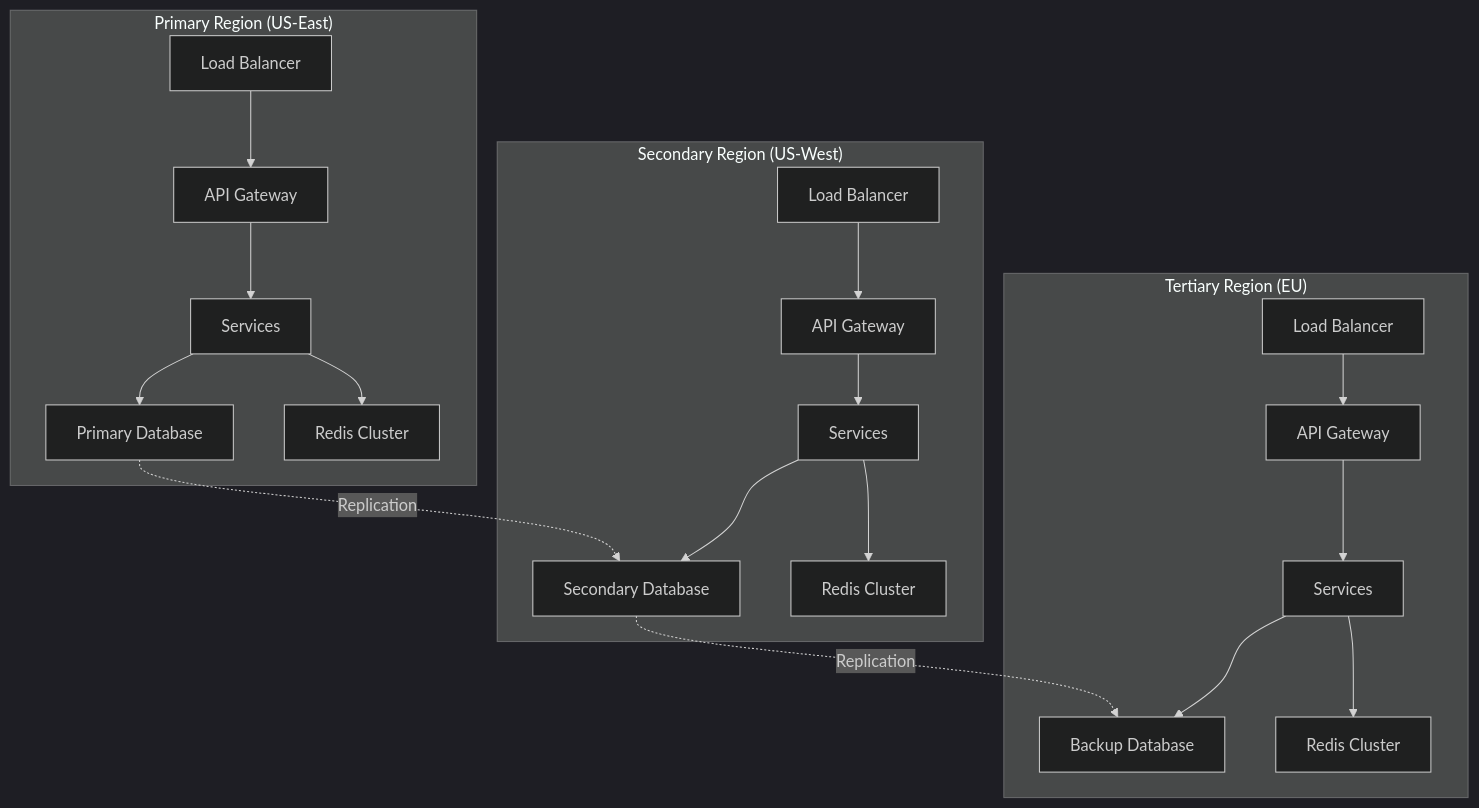
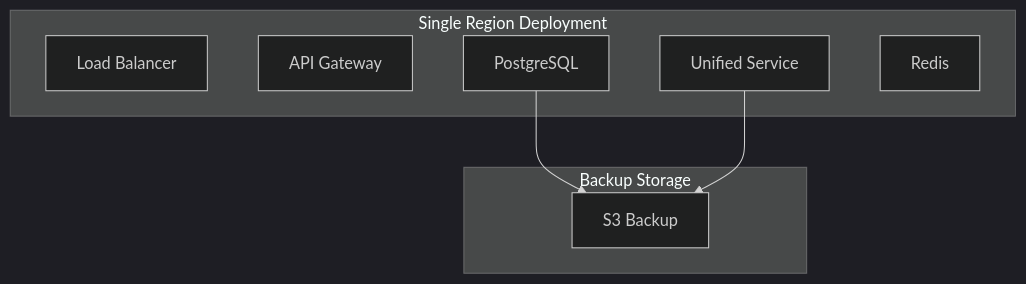
The third of 3 diagrams in docs/spec/02-system-architecture.md (ftfuture/InsiteChart), drawn with Mermaid (dark theme) before and after one commit. The commit also changed other lines of this file and 316 other files, not shown here.

````diff
--- a/docs/spec/02-system-architecture.md
+++ b/docs/spec/02-system-architecture.md
@@ -919,44 +562,17 @@
 ```mermaid
 graph TB
-    subgraph "Primary Region (US-East)"
+    subgraph "Single Region Deployment"
         A[Load Balancer]
         B[API Gateway]
-        C[Services]
-        D[Primary Database]
-        E[Redis Cluster]
+        C[Unified Service]
+        D[PostgreSQL]
+        E[Redis]
     end
     
-    subgraph "Secondary Region (US-West)"
-        F[Load Balancer]
-        G[API Gateway]
-        H[Services]
-        I[Secondary Database]
-        J[Redis Cluster]
+    subgraph "Backup Storage"
+        F[S3 Backup]
     end
     
-    subgraph "Tertiary Region (EU)"
-        K[Load Balancer]
-        L[API Gateway]
-        M[Services]
-        N[Backup Database]
-        O[Redis Cluster]
-    end
-    
-    D -.->|Replication| I
-    I -.->|Replication| N
-    
-    A --> B
-    B --> C
-    C --> D
-    C --> E
-    
-    F --> G
-    G --> H
-    H --> I
-    H --> J
-    
-    K --> L
-    L --> M
-    M --> N
-    M --> O
+    D --> F
+    C --> F
 ```
````
